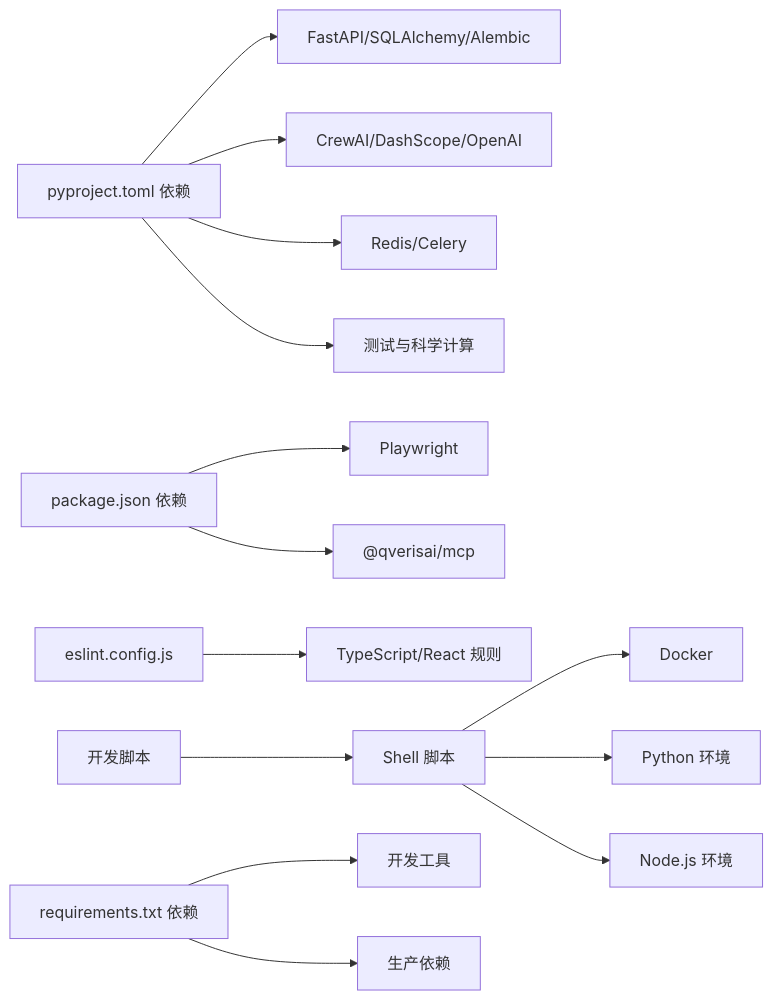
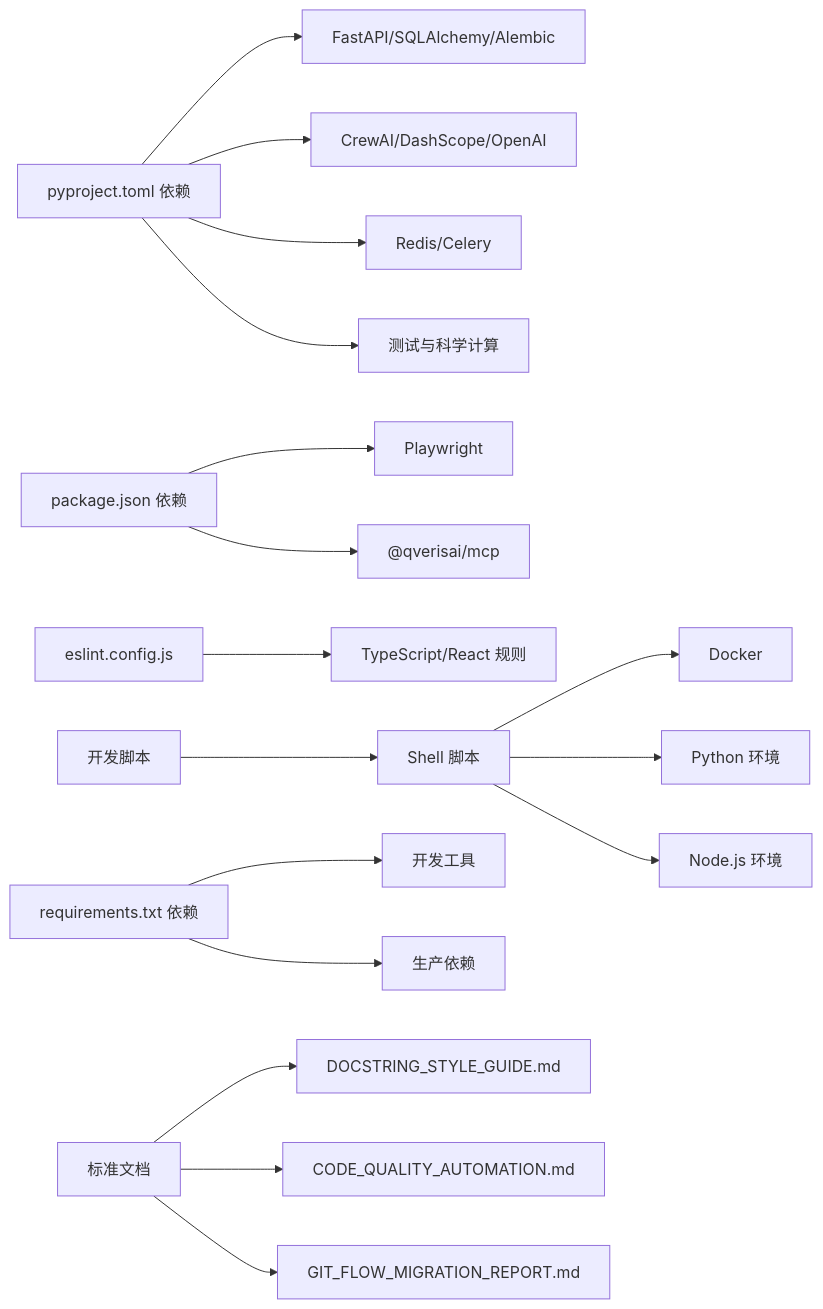
Before and after one commit to xfbyxq/ai-novel-system: the fourth of 4 diagrams in .qoder/repowiki/zh/content/开发者指南/开发者指南.md, drawn with Mermaid. The commit also changed other lines of this file and 8 other files, not shown here.

````diff
--- a/.qoder/repowiki/zh/content/开发者指南/开发者指南.md
+++ b/.qoder/repowiki/zh/content/开发者指南/开发者指南.md
@@ -501,16 +534,19 @@
 ```mermaid
 graph LR
 P["pyproject.toml 依赖"] --> F["FastAPI/SQLAlchemy/Alembic"]
 P --> L["CrewAI/DashScope/OpenAI"]
 P --> Q["Redis/Celery"]
 P --> T["测试与科学计算"]
 J["package.json 依赖"] --> PW["Playwright"]
 J --> MCP["@qverisai/mcp"]
 E["eslint.config.js"] --> TS["TypeScript/React 规则"]
 S["开发脚本"] --> SH["Shell 脚本"]
 SH --> DC["Docker"]
 SH --> PY["Python 环境"]
 SH --> NODE["Node.js 环境"]
 RT["requirements.txt 依赖"] --> DEV["开发工具"]
 RT --> PROD["生产依赖"]
+STD["标准文档"] --> DOC["DOCSTRING_STYLE_GUIDE.md"]
+STD --> CODE["CODE_QUALITY_AUTOMATION.md"]
+STD --> GIT["GIT_FLOW_MIGRATION_REPORT.md"]
 ```
````
